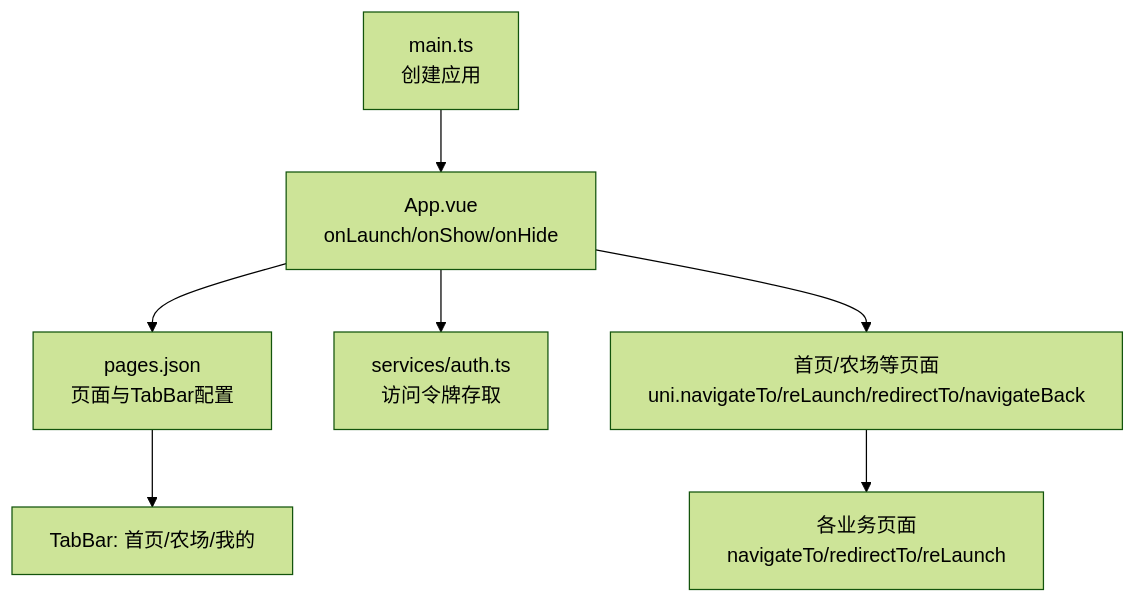
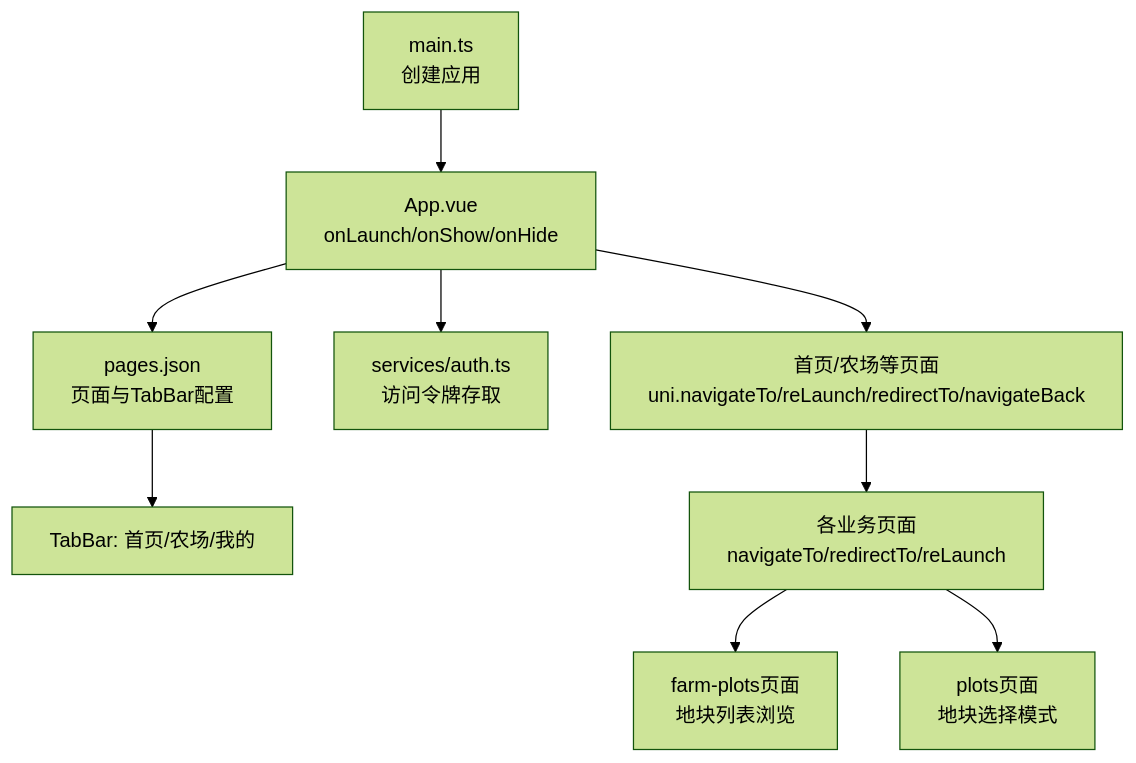
Before and after one commit to wungjyan/pocket-farm: the first of 7 diagrams in .qoder/repowiki/zh/content/系统架构/前端架构/路由导航.md, drawn with Mermaid (forest theme). The commit also changed other lines of this file and 198 other files, not shown here.

````diff
--- a/.qoder/repowiki/zh/content/系统架构/前端架构/路由导航.md
+++ b/.qoder/repowiki/zh/content/系统架构/前端架构/路由导航.md
@@ -34,9 +48,11 @@
 ```mermaid
 graph TB
 A["main.ts<br/>创建应用"] --> B["App.vue<br/>onLaunch/onShow/onHide"]
 B --> C["pages.json<br/>页面与TabBar配置"]
 B --> D["services/auth.ts<br/>访问令牌存取"]
 B --> E["首页/农场等页面<br/>uni.navigateTo/reLaunch/redirectTo/navigateBack"]
 C --> F["TabBar: 首页/农场/我的"]
 E --> G["各业务页面<br/>navigateTo/redirectTo/reLaunch"]
+G --> H["farm-plots页面<br/>地块列表浏览"]
+G --> I["plots页面<br/>地块选择模式"]
 ```
````
